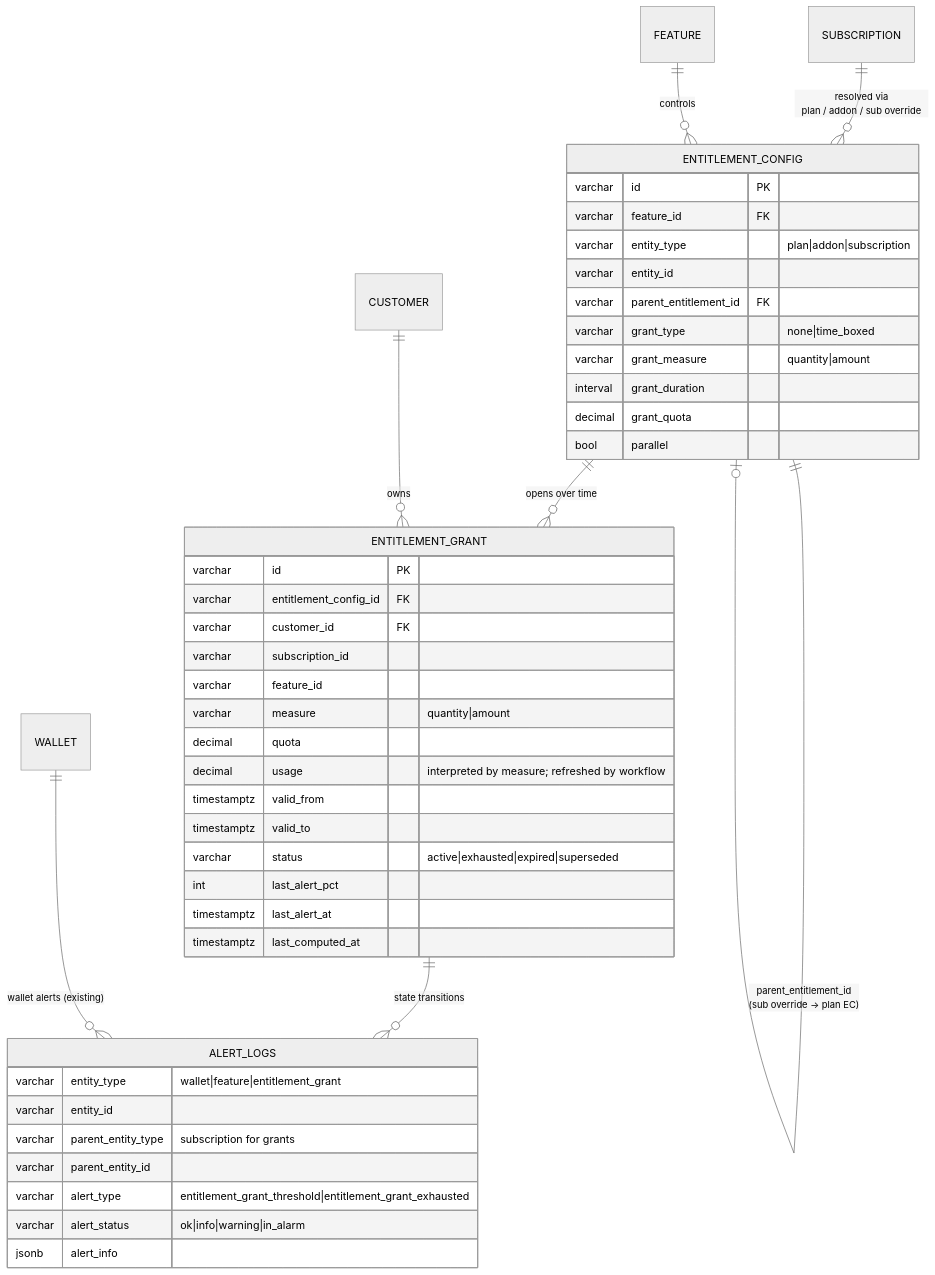
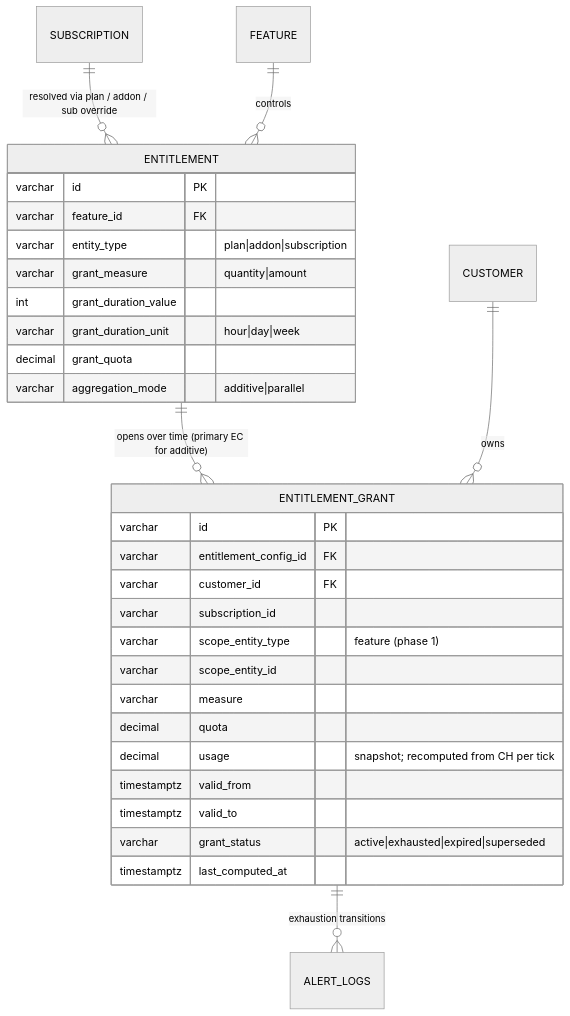
Before and after one commit to flexprice/flexprice: the first of 2 diagrams in docs/design/2026-07-08-FLE-959-Entitlements-Revamp.md, drawn with Mermaid (neutral theme). The commit also changed other lines of this file and 21 other files, not shown here.

````diff
--- a/docs/design/2026-07-08-FLE-959-Entitlements-Revamp.md
+++ b/docs/design/2026-07-08-FLE-959-Entitlements-Revamp.md
@@ -165,50 +101,35 @@
 ```mermaid
 erDiagram
-    SUBSCRIPTION ||--o{ ENTITLEMENT_CONFIG : "resolved via<br/>plan / addon / sub override"
-    ENTITLEMENT_CONFIG ||--o{ ENTITLEMENT_GRANT : "opens over time"
-    ENTITLEMENT_GRANT ||--o{ ALERT_LOGS : "state transitions"
+    SUBSCRIPTION ||--o{ ENTITLEMENT : "resolved via plan / addon / sub override"
+    ENTITLEMENT ||--o{ ENTITLEMENT_GRANT : "opens over time (primary EC for additive)"
+    ENTITLEMENT_GRANT ||--o{ ALERT_LOGS : "exhaustion transitions"
     CUSTOMER ||--o{ ENTITLEMENT_GRANT : "owns"
-    FEATURE ||--o{ ENTITLEMENT_CONFIG : "controls"
-    ENTITLEMENT_CONFIG ||--o| ENTITLEMENT_CONFIG : "parent_entitlement_id<br/>(sub override → plan EC)"
-    WALLET ||--o{ ALERT_LOGS : "wallet alerts (existing)"
+    FEATURE ||--o{ ENTITLEMENT : "controls"
 
-    ENTITLEMENT_CONFIG {
+    ENTITLEMENT {
         varchar id PK
         varchar feature_id FK
         varchar entity_type "plan|addon|subscription"
-        varchar entity_id
-        varchar parent_entitlement_id FK
-        varchar grant_type "none|time_boxed"
         varchar grant_measure "quantity|amount"
-        interval grant_duration
+        int grant_duration_value
+        varchar grant_duration_unit "hour|day|week"
         decimal grant_quota
-        bool parallel
+        varchar aggregation_mode "additive|parallel"
     }
 
     ENTITLEMENT_GRANT {
         varchar id PK
         varchar entitlement_config_id FK
         varchar customer_id FK
         varchar subscription_id
-        varchar feature_id
-        varchar measure "quantity|amount"
+        varchar scope_entity_type "feature (phase 1)"
+        varchar scope_entity_id
+        varchar measure
         decimal quota
-        decimal usage "interpreted by measure; refreshed by workflow"
+        decimal usage "snapshot; recomputed from CH per tick"
         timestamptz valid_from
         timestamptz valid_to
-        varchar status "active|exhausted|expired|superseded"
-        int last_alert_pct
-        timestamptz last_alert_at
+        varchar grant_status "active|exhausted|expired|superseded"
         timestamptz last_computed_at
     }
-
-    ALERT_LOGS {
-        varchar entity_type "wallet|feature|entitlement_grant"
-        varchar entity_id
-        varchar parent_entity_type "subscription for grants"
-        varchar parent_entity_id
-        varchar alert_type "entitlement_grant_threshold|entitlement_grant_exhausted"
-        varchar alert_status "ok|info|warning|in_alarm"
-        jsonb alert_info
-    }
 ```
````
